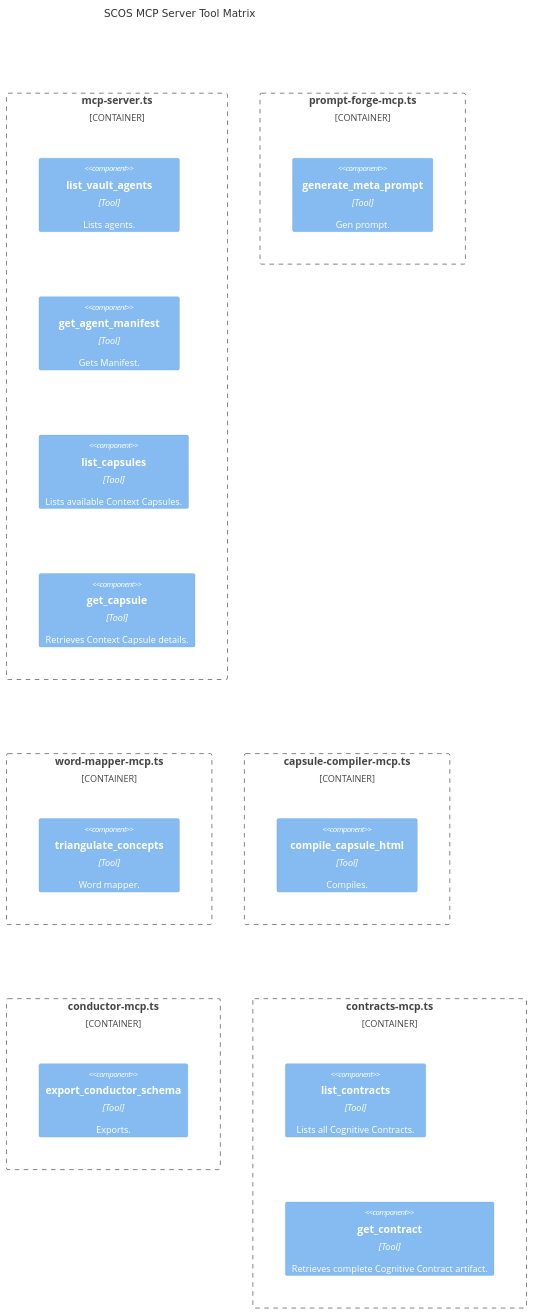
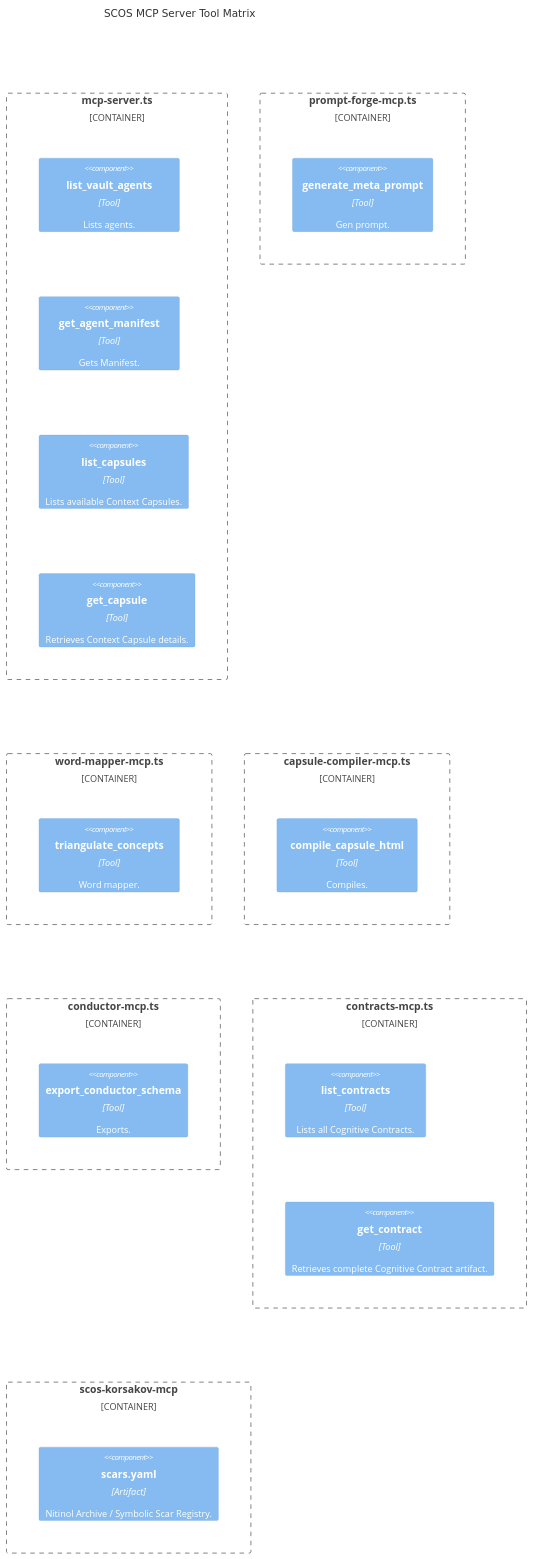
Before and after one commit to projectedanx/scos-web-app: the second of 3 diagrams in docs/MCP_ECOSYSTEM_ATLAS.md, drawn with Mermaid. The commit also changed other lines of this file and 1 other file, not shown here.

Commit message:
docs(architecture): map scos-korsakov-mcp boundary into C4 ecosystem atlas

````diff
--- a/docs/MCP_ECOSYSTEM_ATLAS.md
+++ b/docs/MCP_ECOSYSTEM_ATLAS.md
@@ -35,26 +36,29 @@
 ```mermaid
 C4Container
   title SCOS MCP Server Tool Matrix
   Container_Boundary(vault_boundary, "mcp-server.ts") {
     Component(list_agents, "list_vault_agents", "Tool", "Lists agents.")
     Component(get_manifest, "get_agent_manifest", "Tool", "Gets Manifest.")
     Component(list_capsules, "list_capsules", "Tool", "Lists available Context Capsules.")
     Component(get_capsule, "get_capsule", "Tool", "Retrieves Context Capsule details.")
   }
   Container_Boundary(forge_boundary, "prompt-forge-mcp.ts") {
     Component(gen_meta_prompt, "generate_meta_prompt", "Tool", "Gen prompt.")
   }
   Container_Boundary(mapper_boundary, "word-mapper-mcp.ts") {
     Component(triangulate, "triangulate_concepts", "Tool", "Word mapper.")
   }
   Container_Boundary(capsule_boundary, "capsule-compiler-mcp.ts") {
     Component(compile_capsule, "compile_capsule_html", "Tool", "Compiles.")
   }
   Container_Boundary(conductor_boundary, "conductor-mcp.ts") {
     Component(export_schema, "export_conductor_schema", "Tool", "Exports.")
   }
   Container_Boundary(contracts_boundary, "contracts-mcp.ts") {
     Component(list_contracts, "list_contracts", "Tool", "Lists all Cognitive Contracts.")
     Component(get_contract, "get_contract", "Tool", "Retrieves complete Cognitive Contract artifact.")
   }
+  Container_Boundary(korsakov_boundary, "scos-korsakov-mcp") {
+    Component(scars_yaml, "scars.yaml", "Artifact", "Nitinol Archive / Symbolic Scar Registry.")
+  }
 ```
````
